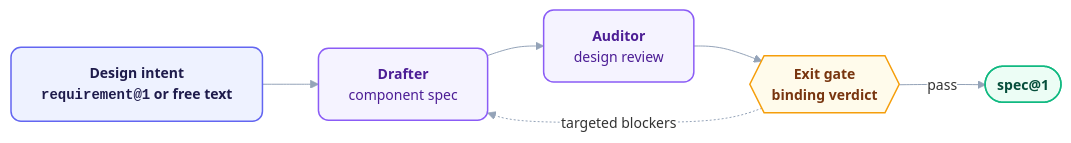
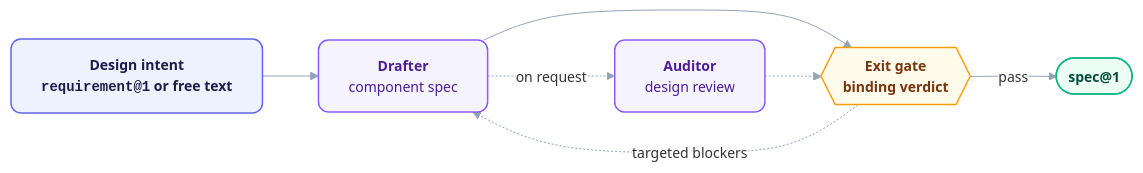
Before and after one commit to orin-dx/wisp-plugins: the diagram in plugins/muse/README.md, drawn with Mermaid. The commit also changed other lines of this file and 88 other files, not shown here.

````diff
--- a/plugins/muse/README.md
+++ b/plugins/muse/README.md
@@ -70,19 +70,20 @@
 ```mermaid
 %%{init: {'theme': 'base', 'flowchart': {'curve': 'basis', 'nodeSpacing': 40, 'rankSpacing': 56}, 'themeVariables': {'fontFamily': 'Inter, ui-sans-serif, system-ui, sans-serif', 'fontSize': '14px', 'lineColor': '#94a3b8', 'edgeLabelBackground': '#ffffff'}}}%%
 flowchart LR
     classDef source fill:#eef2ff,stroke:#6366f1,stroke-width:1.5px,color:#1e1b4b,rx:10px,ry:10px,font-weight:600;
     classDef engine fill:#f5f3ff,stroke:#8b5cf6,stroke-width:1.5px,color:#4c1d95,rx:10px,ry:10px;
     classDef router fill:#fffbeb,stroke:#f59e0b,stroke-width:1.5px,color:#78350f,rx:10px,ry:10px,font-weight:600;
     classDef output fill:#ecfdf5,stroke:#10b981,stroke-width:1.5px,color:#064e3b,rx:10px,ry:10px,font-weight:600;
 
     Req["<b>Design intent</b><br/><code>requirement@1</code> or free text"] --> Draft["<b>Drafter</b><br/>component spec"]
-    Draft --> Audit["<b>Auditor</b><br/>design review"]
-    Audit --> Gate{{"<b>Exit gate</b><br/>binding verdict"}}
+    Draft --> Gate{{"<b>Exit gate</b><br/>binding verdict"}}
+    Draft -.->|"on request"| Audit["<b>Auditor</b><br/>design review"]
+    Audit -.-> Gate
     Gate -->|"pass"| Spec(["spec@1"])
     Gate -.->|"targeted blockers"| Draft
 
     class Req source
     class Draft,Audit engine
     class Gate router
     class Spec output
 ```
````
